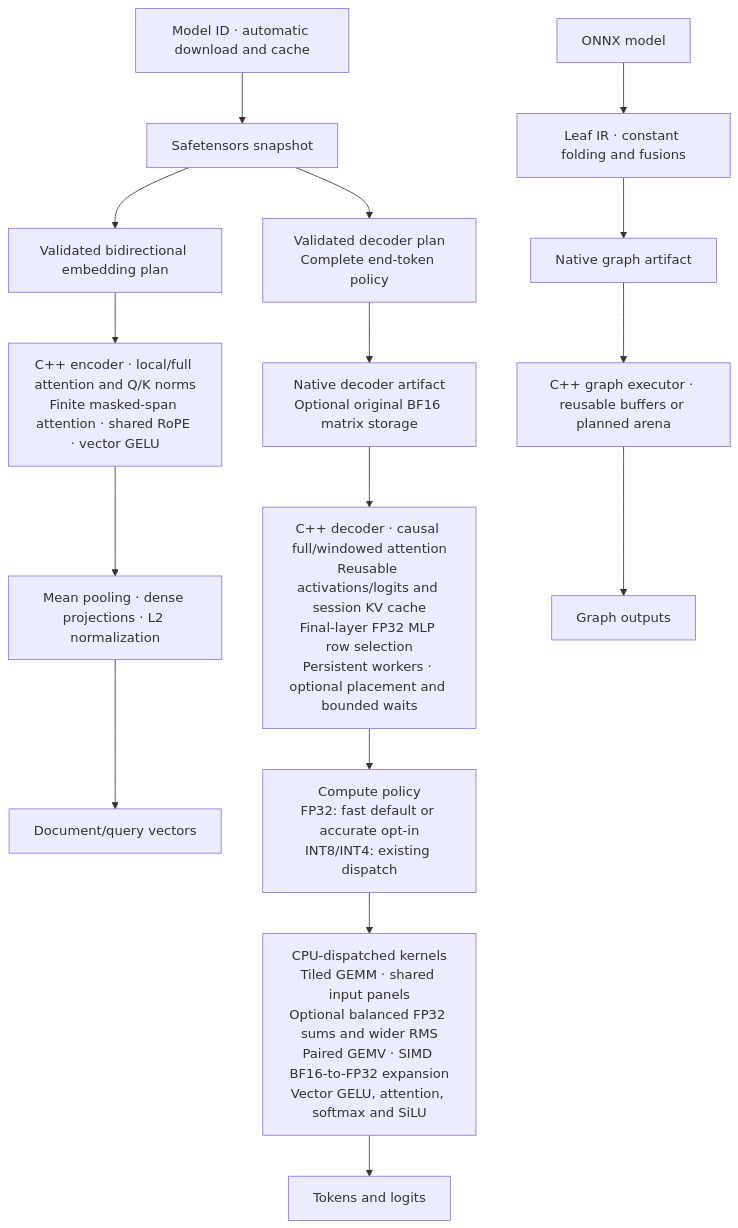
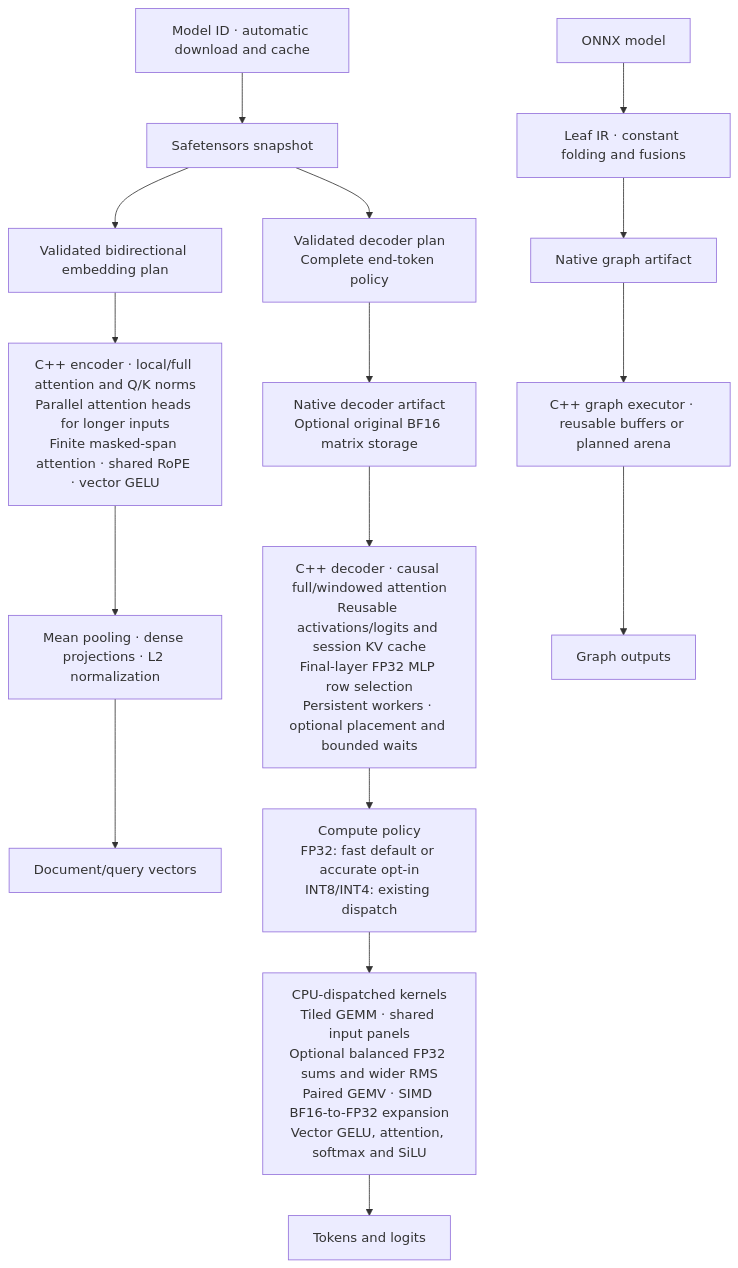
Before and after one commit to Nbit-51/Leaf: the first of 2 diagrams in README.md, drawn with Mermaid. The commit also changed other lines of this file and 11 other files, not shown here.

Commit message:
Parallelize embedding attention heads with FP32 parity

````diff
--- a/README.md
+++ b/README.md
@@ -163,18 +162,18 @@
 ```mermaid
 flowchart TB
     H["Model ID · automatic download and cache"] --> S["Safetensors snapshot"]
     S --> P["Validated decoder plan<br/>Complete end-token policy"]
     S --> B["Validated bidirectional embedding plan"]
-    B --> N["C++ encoder · local/full attention and Q/K norms<br/>Finite masked-span attention · shared RoPE · vector GELU"]
+    B --> N["C++ encoder · local/full attention and Q/K norms<br/>Parallel attention heads for longer inputs<br/>Finite masked-span attention · shared RoPE · vector GELU"]
     N --> V["Mean pooling · dense projections · L2 normalization"]
     V --> F["Document/query vectors"]
     O["ONNX model"] --> G["Leaf IR · constant folding and fusions"]
     P --> D["Native decoder artifact<br/>Optional original BF16 matrix storage"]
     G --> A["Native graph artifact"]
     D --> R["C++ decoder · causal full/windowed attention<br/>Reusable activations/logits and session KV cache<br/>Final-layer FP32 MLP row selection<br/>Persistent workers · optional placement and bounded waits"]
     A --> E["C++ graph executor · reusable buffers or planned arena"]
     R --> M["Compute policy<br/>FP32: fast default or accurate opt-in<br/>INT8/INT4: existing dispatch"]
     M --> K["CPU-dispatched kernels<br/>Tiled GEMM · shared input panels<br/>Optional balanced FP32 sums and wider RMS<br/>Paired GEMV · SIMD BF16-to-FP32 expansion<br/>Vector GELU, attention, softmax and SiLU"]
     K --> T["Tokens and logits"]
     E --> U["Graph outputs"]
 ```
````
